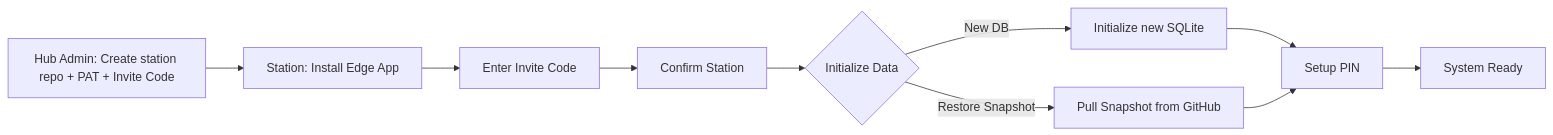
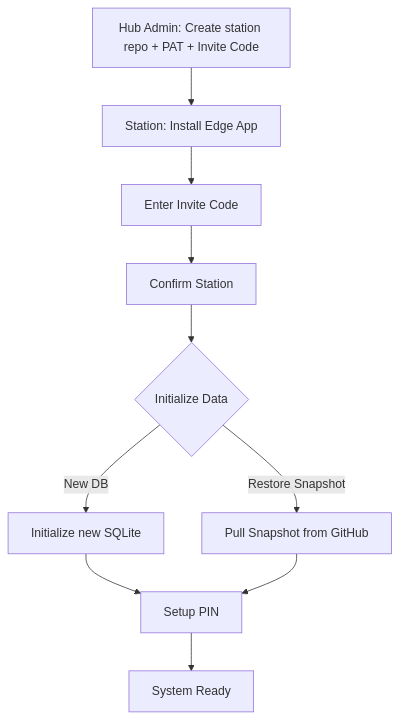
One commit to kanazawahere/carevl changed the fourth of 6 diagrams in TUTORIAL.md. Above: the diagram before and after it, drawn with Mermaid. The commit also changed other lines of this file, not shown here.

First line of the commit message:
docs: make all tutorial flowcharts top-down

````diff
--- a/TUTORIAL.md
+++ b/TUTORIAL.md
@@ -146,12 +146,12 @@
 ```mermaid
-flowchart LR
+flowchart TD
     A[Hub Admin: Create station repo + PAT + Invite Code] --> B[Station: Install Edge App]
     B --> C[Enter Invite Code]
     C --> D[Confirm Station]
     D --> E{Initialize Data}
     E -->|New DB| F[Initialize new SQLite]
     E -->|Restore Snapshot| G[Pull Snapshot from GitHub]
     F --> H[Setup PIN]
     G --> H
     H --> I[System Ready]
 ```
````
